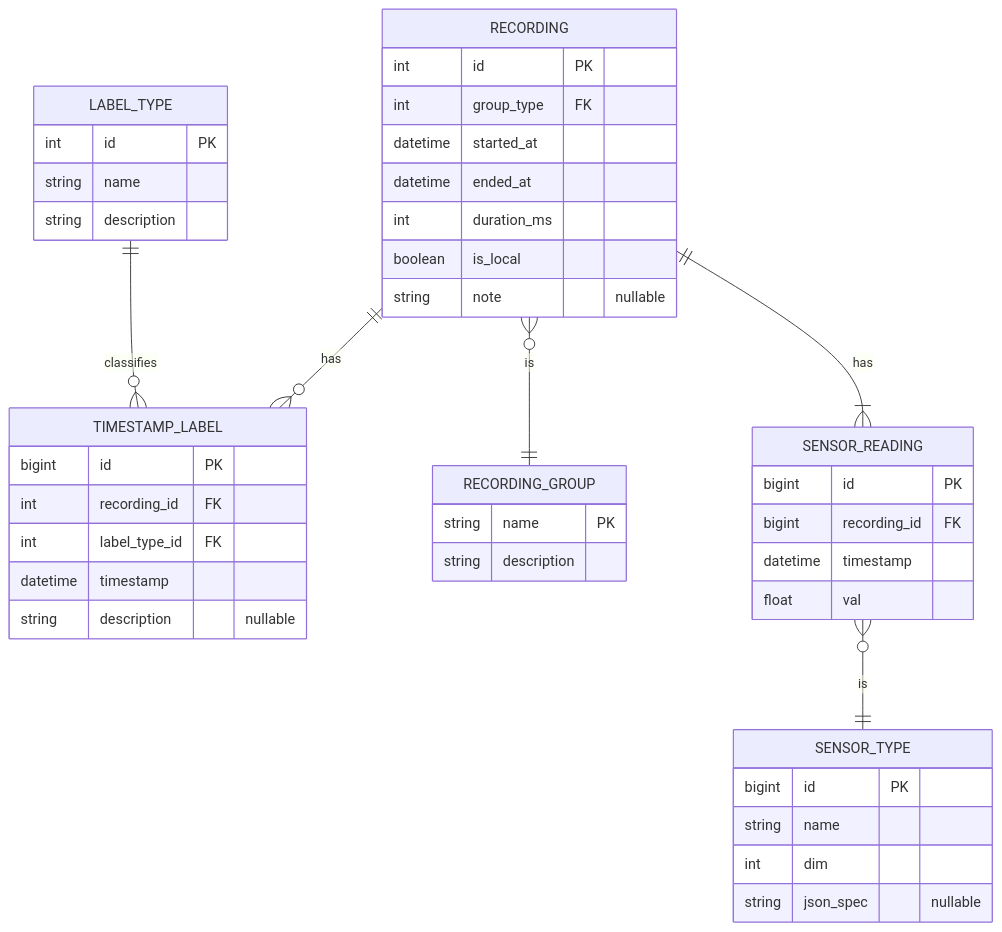
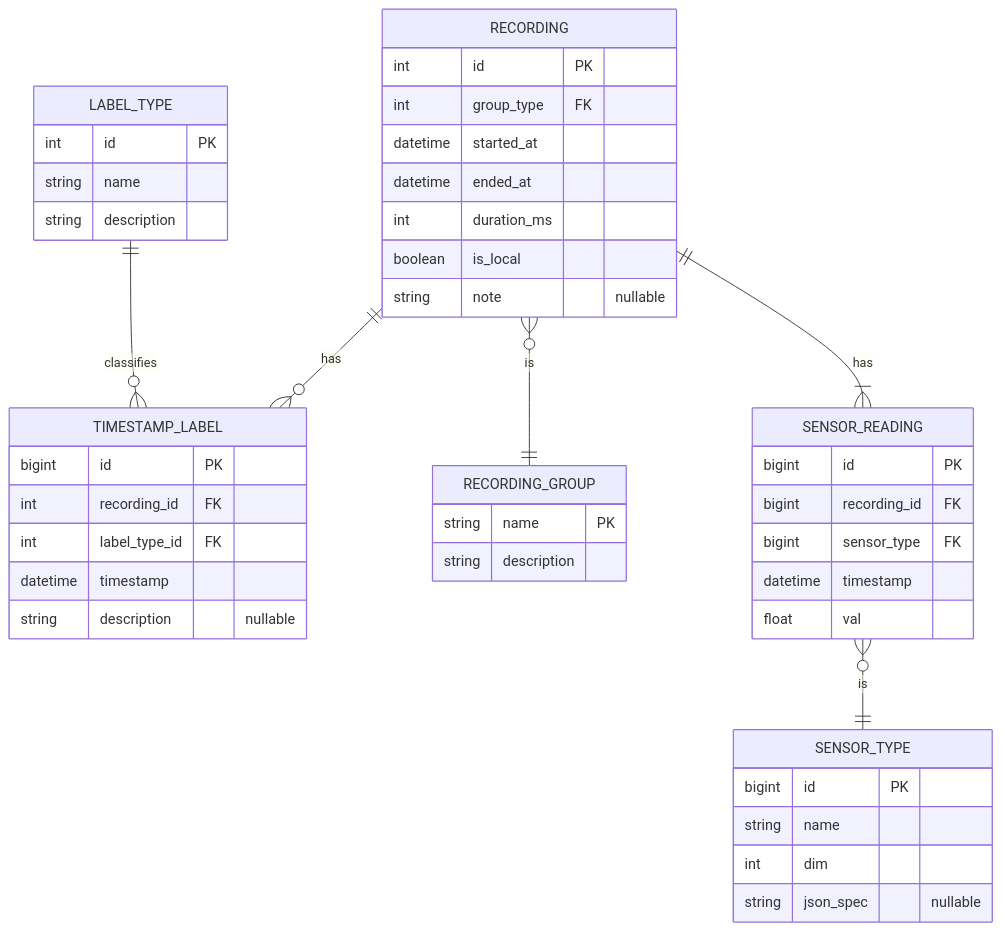
One commit to PrzemyslawBorczak1/TupTup changed the diagram in labs/TupTrack/docs/db-schema.md. Above: the diagram before and after it, drawn with Mermaid.

Commit message:
Typo fix

````diff
--- a/labs/TupTrack/docs/db-schema.md
+++ b/labs/TupTrack/docs/db-schema.md
@@ -4,50 +4,51 @@
 ```mermaid
 erDiagram
     RECORDING ||--o{ TIMESTAMP_LABEL : has
     RECORDING }o--|| RECORDING_GROUP : is
     LABEL_TYPE ||--o{ TIMESTAMP_LABEL : classifies
     RECORDING ||--|{ SENSOR_READING : has
     SENSOR_READING }o--|| SENSOR_TYPE : is
 
     RECORDING {
         int id PK
         int group_type FK
         datetime started_at
         datetime ended_at
         int duration_ms
         boolean is_local
         string note "nullable"
     }
 
     SENSOR_READING {
         bigint id PK
         bigint recording_id FK
+        bigint sensor_type FK
         datetime timestamp
         float val
     }
 
     SENSOR_TYPE {
         bigint id PK
         string name
         int dim
         string json_spec "nullable"
     }
 
     LABEL_TYPE {
         int id PK
         string name
         string description 
     }
     TIMESTAMP_LABEL {
         bigint id PK
         int recording_id FK
         int label_type_id FK
         datetime timestamp
         string description "nullable"
     }
 
     RECORDING_GROUP{
         string name PK
         string description
     }
 ```
````
